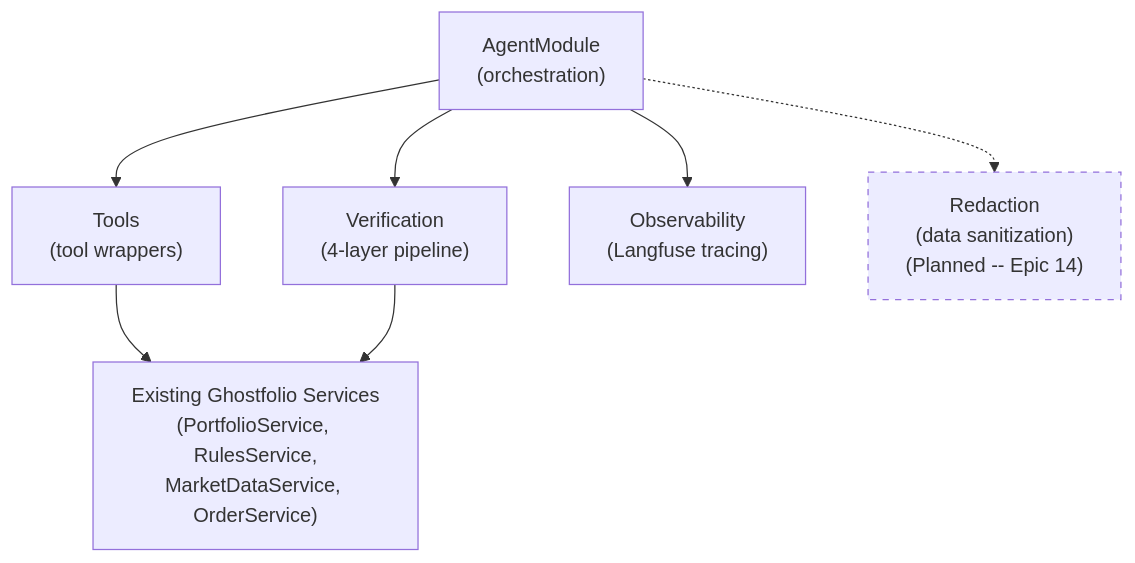
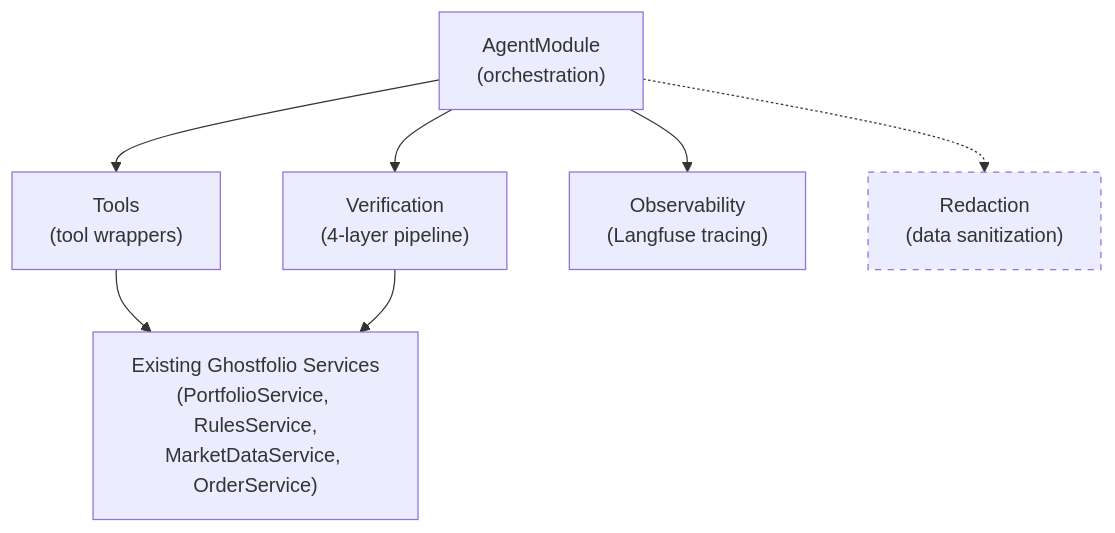
One commit to MichaelHabermas/ghostfolio changed the first of 9 diagrams in docs/PRD.md. Above: the diagram before and after it, drawn with Mermaid. The commit also changed other lines of this file, not shown here.

First line of the commit message:
docs(agent): mark Epic 14 complete in PRD

````diff
--- a/docs/PRD.md
+++ b/docs/PRD.md
@@ -199,19 +199,19 @@
 ```mermaid
 graph TD
     AgentModule["AgentModule<br/>(orchestration)"]
     ToolsSubmodule["Tools<br/>(tool wrappers)"]
     VerificationSubmodule["Verification<br/>(4-layer pipeline)"]
     ObservabilitySubmodule["Observability<br/>(Langfuse tracing)"]
-    RedactionSubmodule["Redaction<br/>(data sanitization)<br/>(Planned -- Epic 14)"]
+    RedactionSubmodule["Redaction<br/>(data sanitization)"]
 
     AgentModule --> ToolsSubmodule
     AgentModule --> VerificationSubmodule
     AgentModule --> ObservabilitySubmodule
     AgentModule -.-> RedactionSubmodule
 
     ToolsSubmodule --> GhostfolioServices["Existing Ghostfolio Services<br/>(PortfolioService, RulesService,<br/>MarketDataService, OrderService)"]
 
     VerificationSubmodule --> GhostfolioServices
 
     style RedactionSubmodule stroke-dasharray: 5 5
 ```
````
